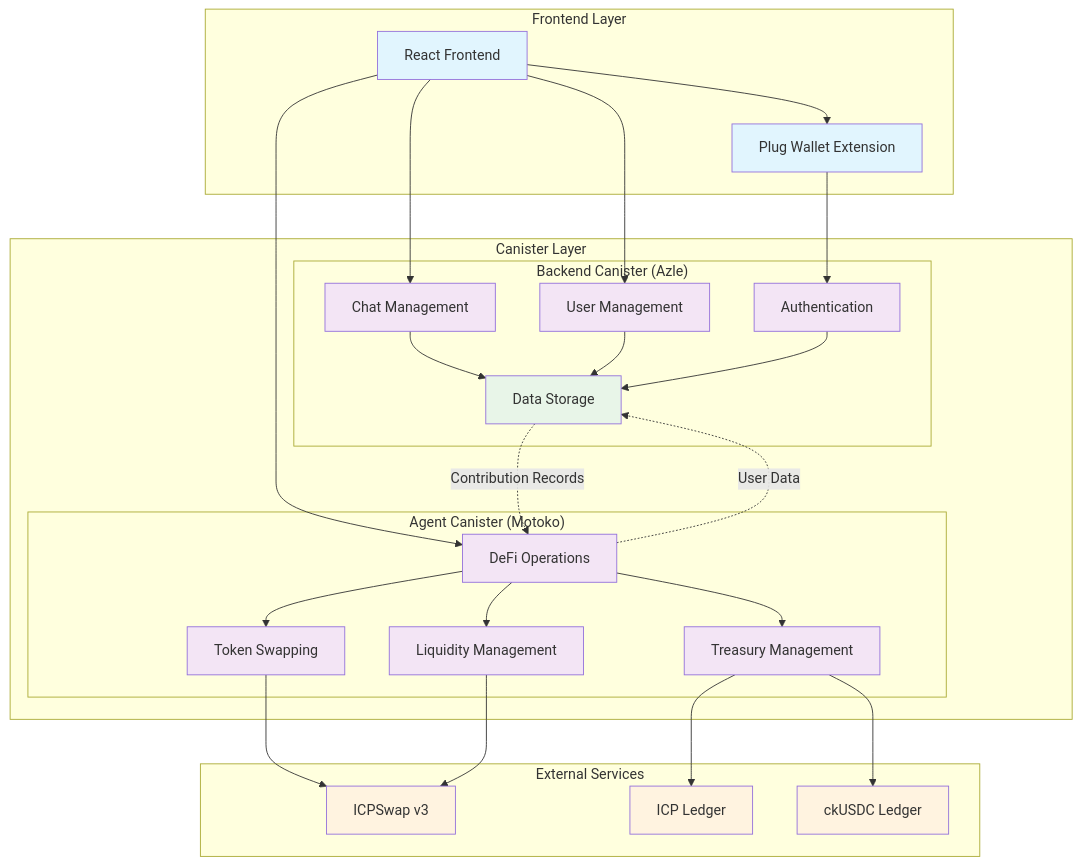
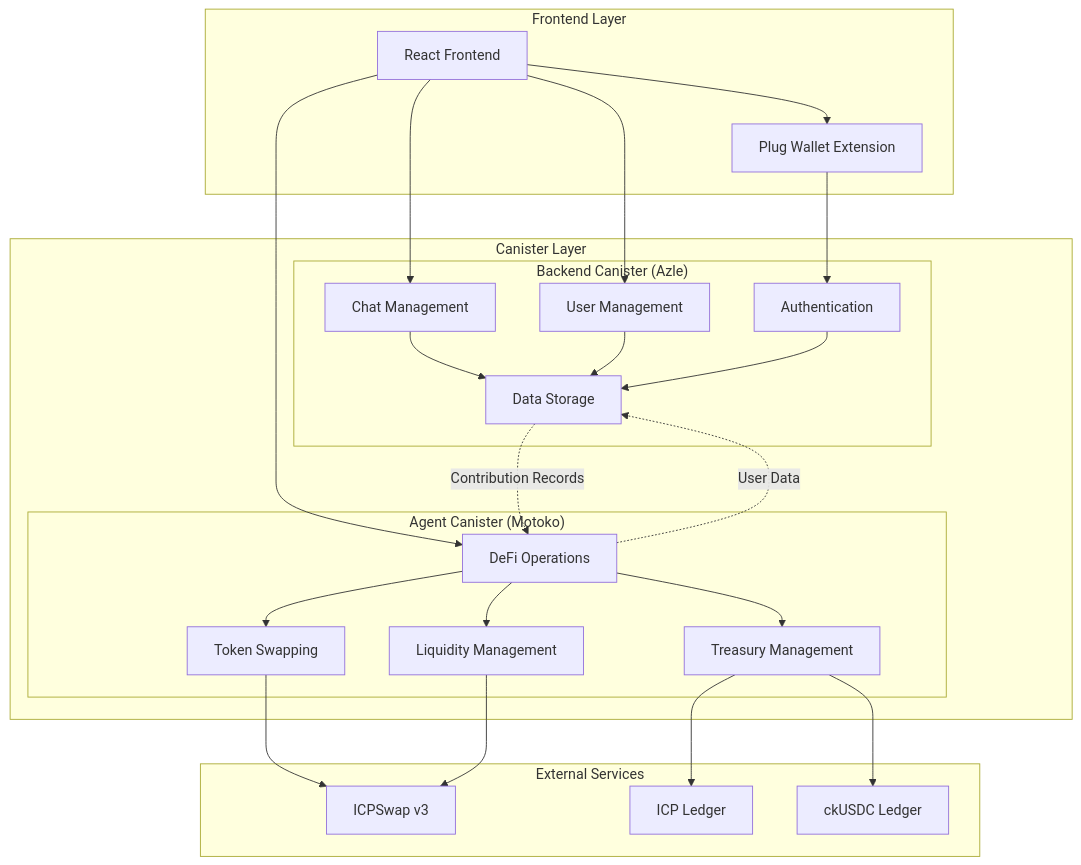
The first of 5 diagrams in README.md (divin3circle/optic), drawn with Mermaid before and after one commit.

Commit message:
Remove unused styling definitions from README.md to streamline documentation and improve clarity.

````diff
--- a/README.md
+++ b/README.md
@@ -56,67 +56,62 @@
 ```mermaid
 graph TB
     %% User Interface Layer
     subgraph "Frontend Layer"
         UI[React Frontend]
         Plug[Plug Wallet Extension]
     end
 
     %% Canister Layer
     subgraph "Canister Layer"
         subgraph "Backend Canister (Azle)"
             Auth[Authentication]
             Chat[Chat Management]
             User[User Management]
             Storage[Data Storage]
         end
 
         subgraph "Agent Canister (Motoko)"
             DeFi[DeFi Operations]
             Swap[Token Swapping]
             Pool[Liquidity Management]
             Treasury[Treasury Management]
         end
     end
 
     %% External Services
     subgraph "External Services"
         ICPSwap[ICPSwap v3]
         ICPLedger[ICP Ledger]
         ckUSDC[ckUSDC Ledger]
     end
 
     %% Data Flow
     UI --> Plug
     Plug --> Auth
     UI --> Chat
     UI --> User
     UI --> DeFi
 
     Chat --> Storage
     User --> Storage
     Auth --> Storage
 
     DeFi --> Swap
     DeFi --> Pool
     DeFi --> Treasury
 
     Swap --> ICPSwap
     Pool --> ICPSwap
     Treasury --> ICPLedger
     Treasury --> ckUSDC
 
     %% Cross-canister communication
     Storage -.->|Contribution Records| DeFi
     DeFi -.->|User Data| Storage
 
-    %% Styling
-    classDef frontend fill:#e1f5fe
-    classDef canister fill:#f3e5f5
-    classDef external fill:#fff3e0
-    classDef storage fill:#e8f5e8
 
     class UI,Plug frontend
     class Auth,Chat,User,Storage,DeFi,Swap,Pool,Treasury canister
     class ICPSwap,ICPLedger,ckUSDC external
     class Storage storage
 ```
````
